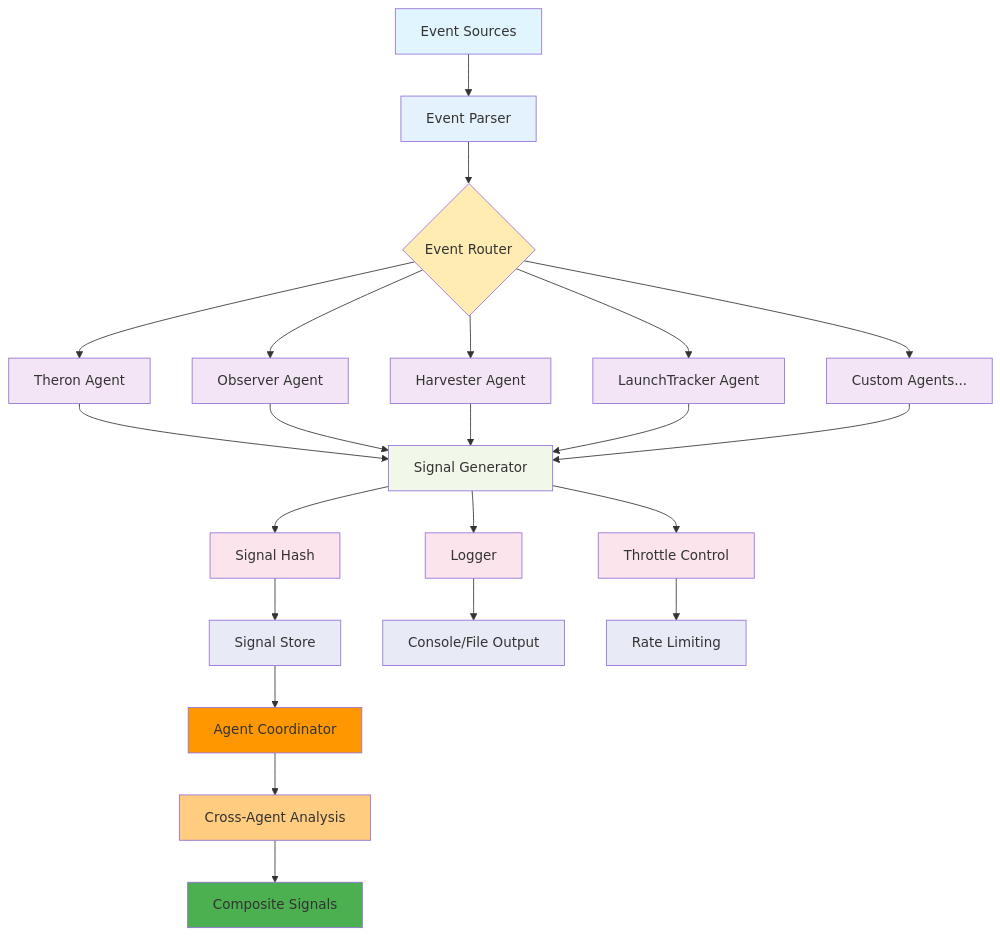
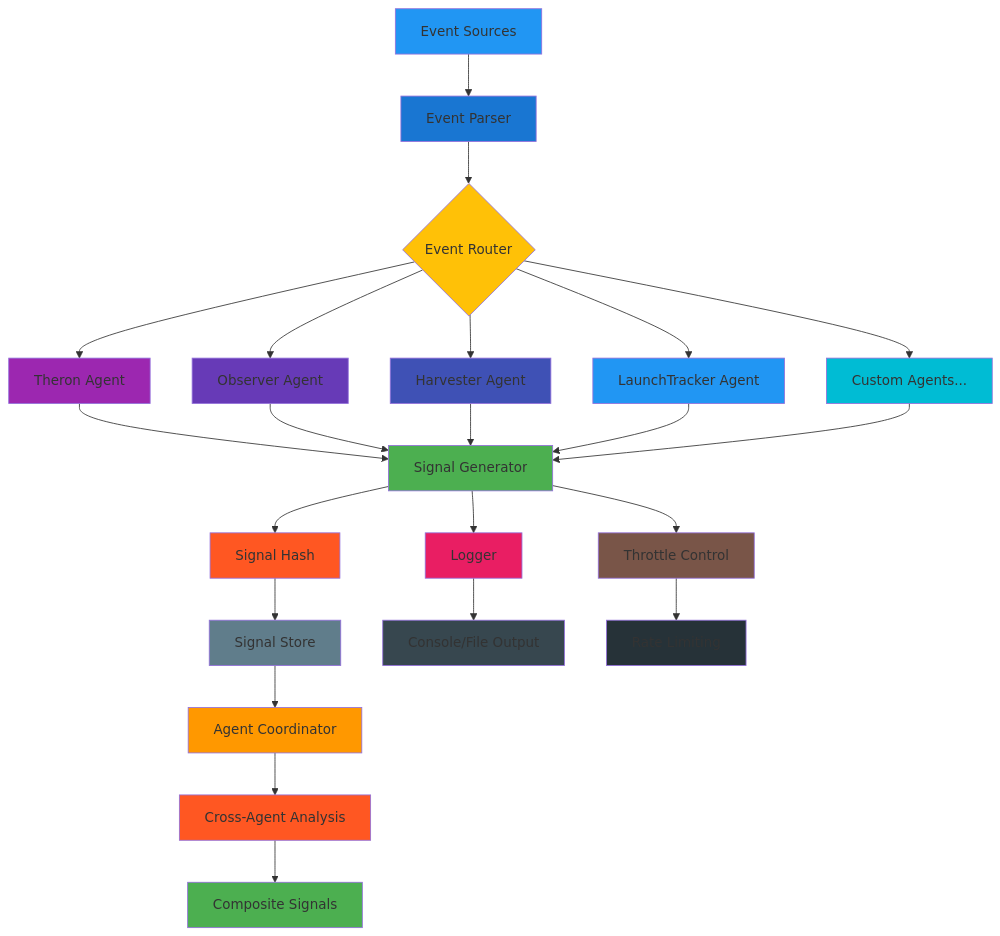
The diagram in README.md (EremosCore/Eremos), drawn with Mermaid before and after one commit.

Commit message:
Architecture restructure for agent coordination

````diff
--- a/README.md
+++ b/README.md
@@ -66,48 +66,48 @@
 ```mermaid
 graph TD
     A[Event Sources] --> B[Event Parser]
     B --> C{Event Router}
     
     C --> D[Theron Agent]
     C --> E[Observer Agent]
     C --> F[Harvester Agent]
     C --> G[LaunchTracker Agent]
     C --> H[Custom Agents...]
     
     D --> I[Signal Generator]
     E --> I
     F --> I
     G --> I
     H --> I
     
     I --> J[Signal Hash]
     I --> K[Logger]
     I --> L[Throttle Control]
     
     J --> M[Signal Store]
     K --> N[Console/File Output]
     L --> O[Rate Limiting]
     
     M --> P[Agent Coordinator]
     P --> Q[Cross-Agent Analysis]
     Q --> R[Composite Signals]
     
-    style A fill:#e1f5fe
-    style B fill:#e3f2fd
-    style C fill:#ffecb3
-    style D fill:#f3e5f5
-    style E fill:#f3e5f5
-    style F fill:#f3e5f5
-    style G fill:#f3e5f5
-    style H fill:#f3e5f5
-    style I fill:#f1f8e9
-    style J fill:#fce4ec
-    style K fill:#fce4ec
-    style L fill:#fce4ec
-    style M fill:#e8eaf6
-    style N fill:#e8eaf6
-    style O fill:#e8eaf6
+    style A fill:#2196f3
+    style B fill:#1976d2
+    style C fill:#ffc107
+    style D fill:#9c27b0
+    style E fill:#673ab7
+    style F fill:#3f51b5
+    style G fill:#2196f3
+    style H fill:#00bcd4
+    style I fill:#4caf50
+    style J fill:#ff5722
+    style K fill:#e91e63
+    style L fill:#795548
+    style M fill:#607d8b
+    style N fill:#37474f
+    style O fill:#263238
     style P fill:#ff9800
-    style Q fill:#ffcc80
+    style Q fill:#ff5722
     style R fill:#4caf50
 ```
````
